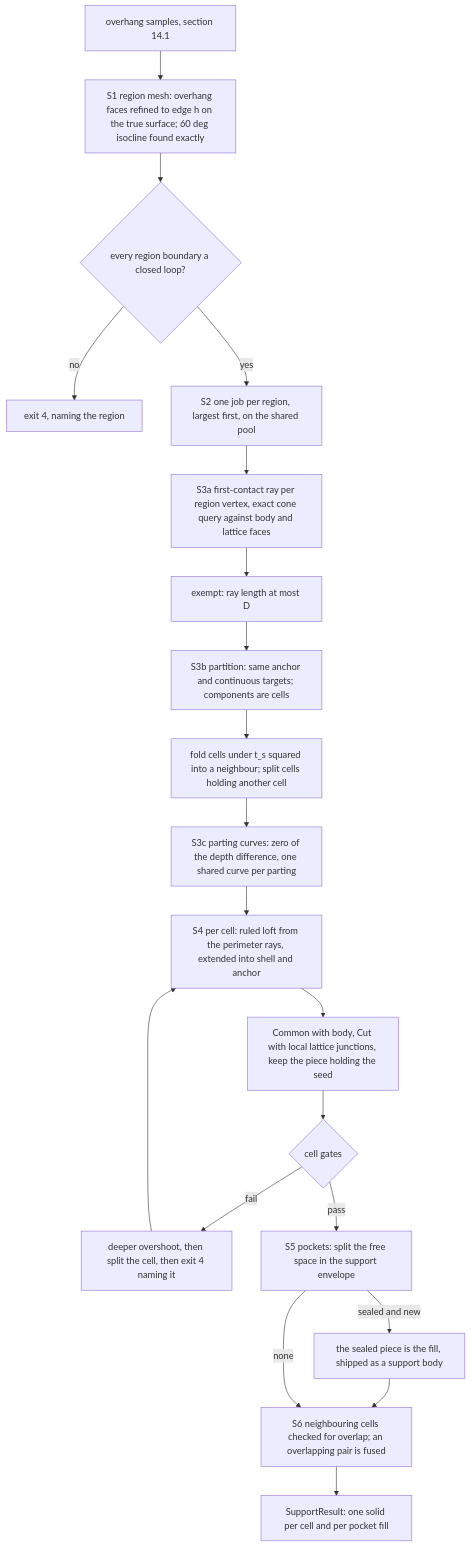
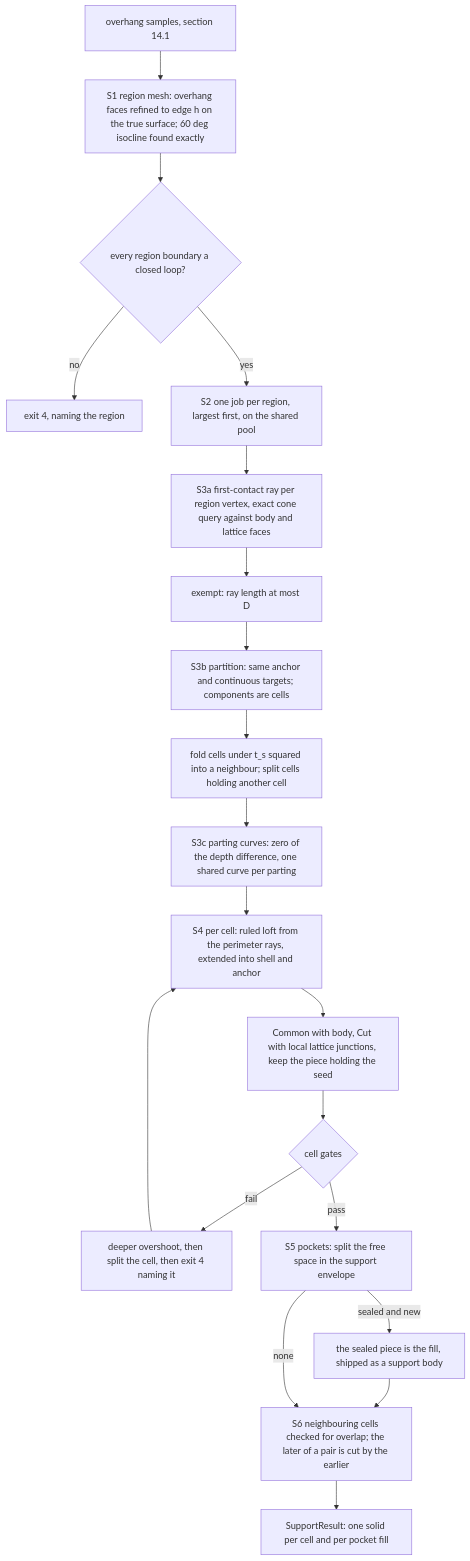
One commit to arnego/latticegen2 changed the third of 3 diagrams in docs/algorithm.md. Above: the diagram before and after it, drawn with Mermaid. The commit also changed other lines of this file and 8 other files, not shown here.

````diff
--- a/docs/algorithm.md
+++ b/docs/algorithm.md
@@ -2516,22 +2516,22 @@
 ```mermaid
 flowchart TD
     A[overhang samples, section 14.1] --> B[S1 region mesh: overhang faces refined to edge h on the true surface; 60 deg isocline found exactly]
     B --> B1{every region boundary a closed loop?}
     B1 -->|no| F1[exit 4, naming the region]
     B1 -->|yes| C[S2 one job per region, largest first, on the shared pool]
     C --> D[S3a first-contact ray per region vertex, exact cone query against body and lattice faces]
     D --> E[exempt: ray length at most D]
     E --> G[S3b partition: same anchor and continuous targets; components are cells]
     G --> H[fold cells under t_s squared into a neighbour; split cells holding another cell]
     H --> I[S3c parting curves: zero of the depth difference, one shared curve per parting]
     I --> J[S4 per cell: ruled loft from the perimeter rays, extended into shell and anchor]
     J --> K[Common with body, Cut with local lattice junctions, keep the piece holding the seed]
     K --> L{cell gates}
     L -->|fail| M[deeper overshoot, then split the cell, then exit 4 naming it]
     M --> J
     L -->|pass| N[S5 pockets: split the free space in the support envelope]
     N -->|sealed and new| O[the sealed piece is the fill, shipped as a support body]
     O --> P
-    N -->|none| P[S6 neighbouring cells checked for overlap; an overlapping pair is fused]
+    N -->|none| P[S6 neighbouring cells checked for overlap; the later of a pair is cut by the earlier]
     P --> Q[SupportResult: one solid per cell and per pocket fill]
 ```
````
